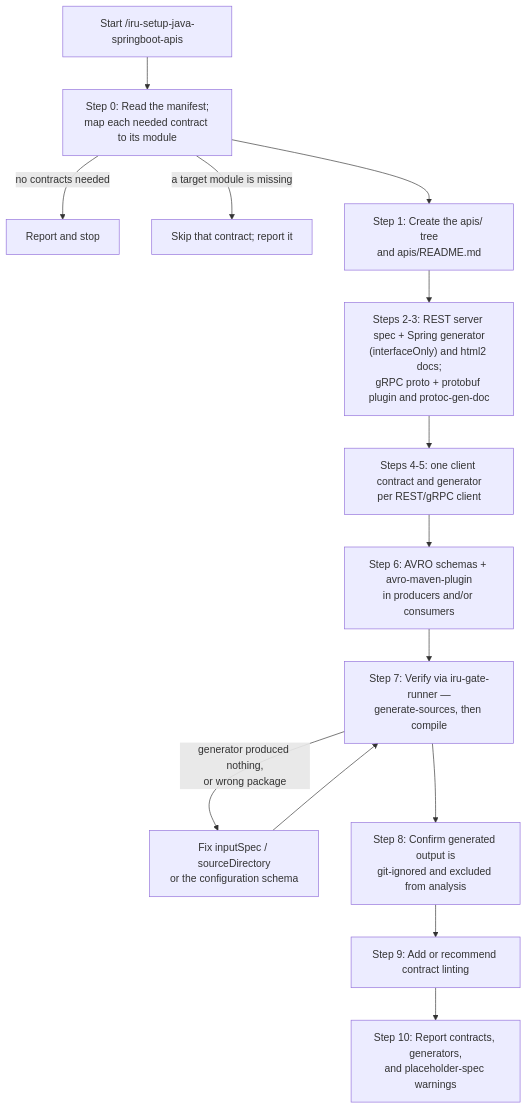
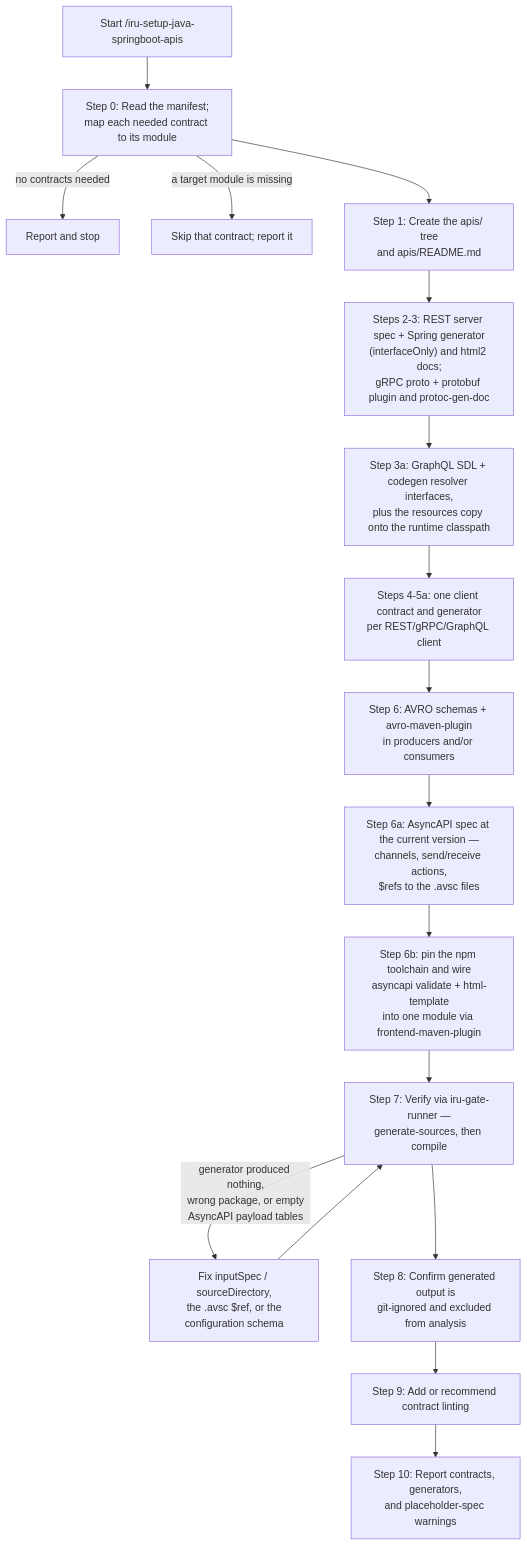
Before and after one commit to albertoirurueta/ai-catalog: the diagram in docs/modules/ROOT/pages/skills/iru-setup-java-springboot-apis.adoc, drawn with Mermaid. The commit also changed other lines of this file and 14 other files, not shown here.

Commit message:
Skills to add support for AsyncAPI and graphQL into springboot developement

```diff
--- a/docs/modules/ROOT/pages/skills/iru-setup-java-springboot-apis.adoc
+++ b/docs/modules/ROOT/pages/skills/iru-setup-java-springboot-apis.adoc
@@ -98,17 +147,20 @@
 [mermaid]
 ....
 flowchart TD
     A["Start /iru-setup-java-springboot-apis"] --> B["Step 0: Read the manifest;\nmap each needed contract to its module"]
     B -- no contracts needed --> STOP["Report and stop"]
     B -- a target module is missing --> SKIP["Skip that contract; report it"]
     B --> C["Step 1: Create the apis/ tree\nand apis/README.md"]
     C --> D["Steps 2-3: REST server spec + Spring generator\n(interfaceOnly) and html2 docs;\ngRPC proto + protobuf plugin and protoc-gen-doc"]
-    D --> E["Steps 4-5: one client contract and generator\nper REST/gRPC client"]
+    D --> D2["Step 3a: GraphQL SDL + codegen resolver interfaces,\nplus the resources copy onto the runtime classpath"]
+    D2 --> E["Steps 4-5a: one client contract and generator\nper REST/gRPC/GraphQL client"]
     E --> F["Step 6: AVRO schemas + avro-maven-plugin\nin producers and/or consumers"]
-    F --> G["Step 7: Verify via iru-gate-runner —\ngenerate-sources, then compile"]
-    G -->|"generator produced nothing,\nor wrong package"| H["Fix inputSpec / sourceDirectory\nor the configuration schema"]
+    F --> F1["Step 6a: AsyncAPI spec at the current version —\nchannels, send/receive actions,\n$refs to the .avsc files"]
+    F1 --> F2["Step 6b: pin the npm toolchain and wire\nasyncapi validate + html-template\ninto one module via frontend-maven-plugin"]
+    F2 --> G["Step 7: Verify via iru-gate-runner —\ngenerate-sources, then compile"]
+    G -->|"generator produced nothing,\nwrong package, or empty\nAsyncAPI payload tables"| H["Fix inputSpec / sourceDirectory,\nthe .avsc $ref, or the\nconfiguration schema"]
     H --> G
     G --> I["Step 8: Confirm generated output is\ngit-ignored and excluded from analysis"]
     I --> J["Step 9: Add or recommend contract linting"]
     J --> K["Step 10: Report contracts, generators,\nand placeholder-spec warnings"]
 ....
```
